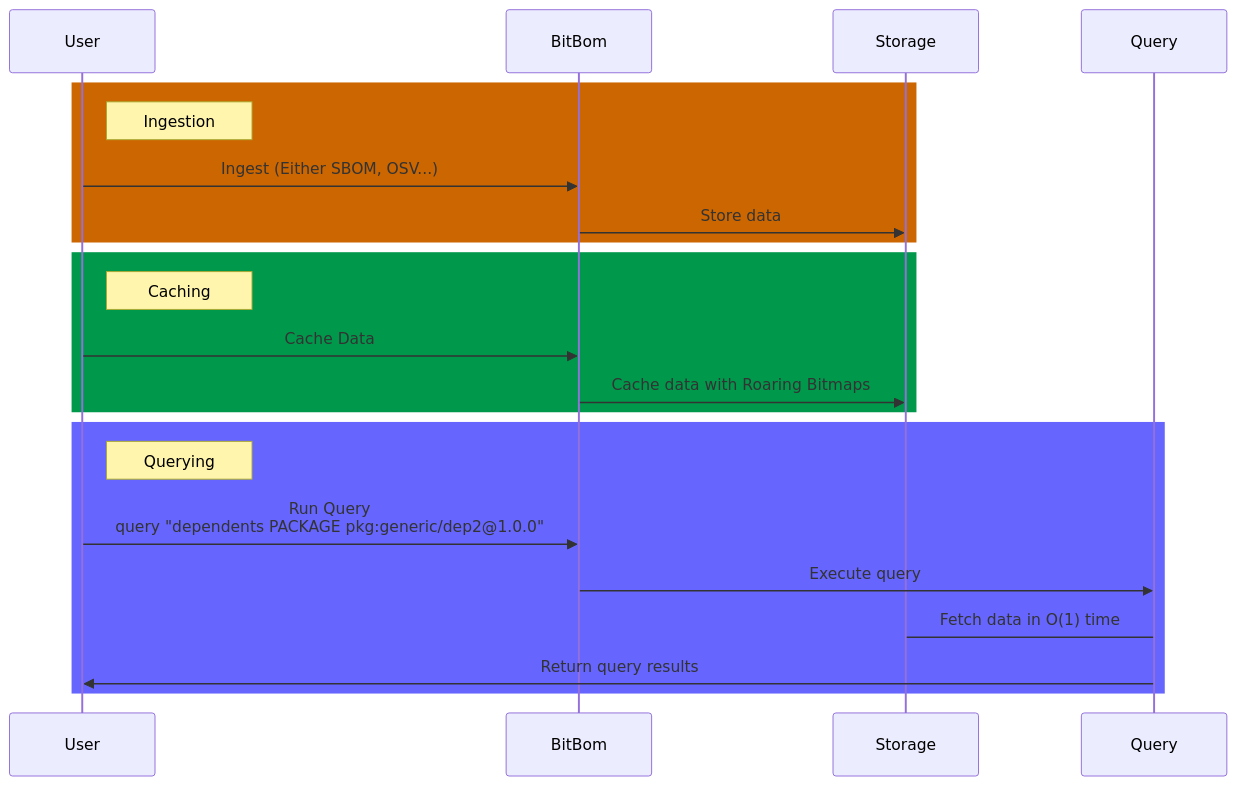
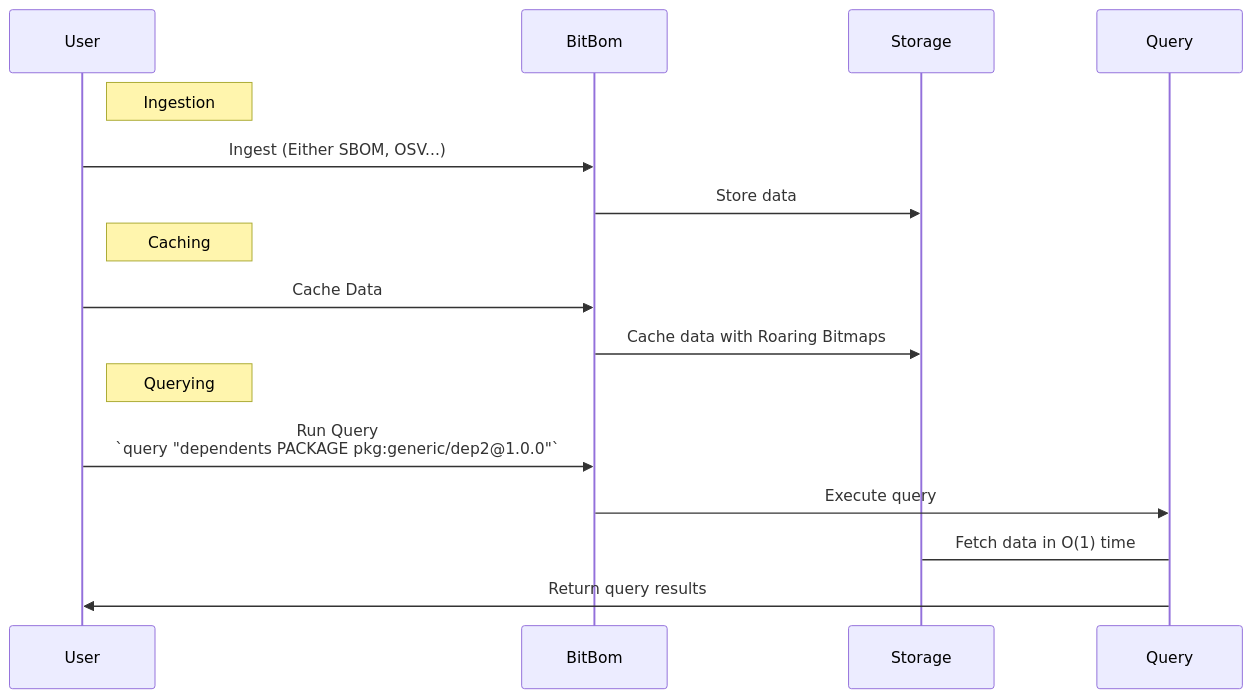
The diagram in README.md (bitbomdev/minefield), drawn with Mermaid before and after one commit.

Commit message:
Remove colors from README (#36)
Removing colors from README

````diff
--- a/README.md
+++ b/README.md
@@ -19,24 +19,21 @@
 ```mermaid
 sequenceDiagram
     participant User
     participant BitBom
     participant Storage
     participant Query
-    rect rgb(204, 102, 0)
-        note right of User: Ingestion
-        User->>BitBom: Ingest (Either SBOM, OSV...)
-        BitBom->>Storage: Store data
-    end
-    rect rgb(0, 153, 76)
-        note right of User: Caching
-        User->>BitBom: Cache Data
-        BitBom->>Storage: Cache data with Roaring Bitmaps
-    end
-    rect rgb(102, 102, 255)
-        note right of User: Querying
-        User->>BitBom: Run Query<br/>query "dependents PACKAGE pkg:generic/dep2@1.0.0"
-        BitBom->>Query: Execute query
-        Query->Storage: Fetch data in O(1) time
-        Query->>User: Return query results
-    end
+    
+    note right of User: Ingestion
+    User->>BitBom: Ingest (Either SBOM, OSV...)
+    BitBom->>Storage: Store data
+    
+    note right of User: Caching
+    User->>BitBom: Cache Data
+    BitBom->>Storage: Cache data with Roaring Bitmaps
+    
+    note right of User: Querying
+    User->>BitBom: Run Query<br/>`query "dependents PACKAGE pkg:generic/dep2@1.0.0"`
+    BitBom->>Query: Execute query
+    Query->Storage: Fetch data in O(1) time
+    Query->>User: Return query results
 ```
````
